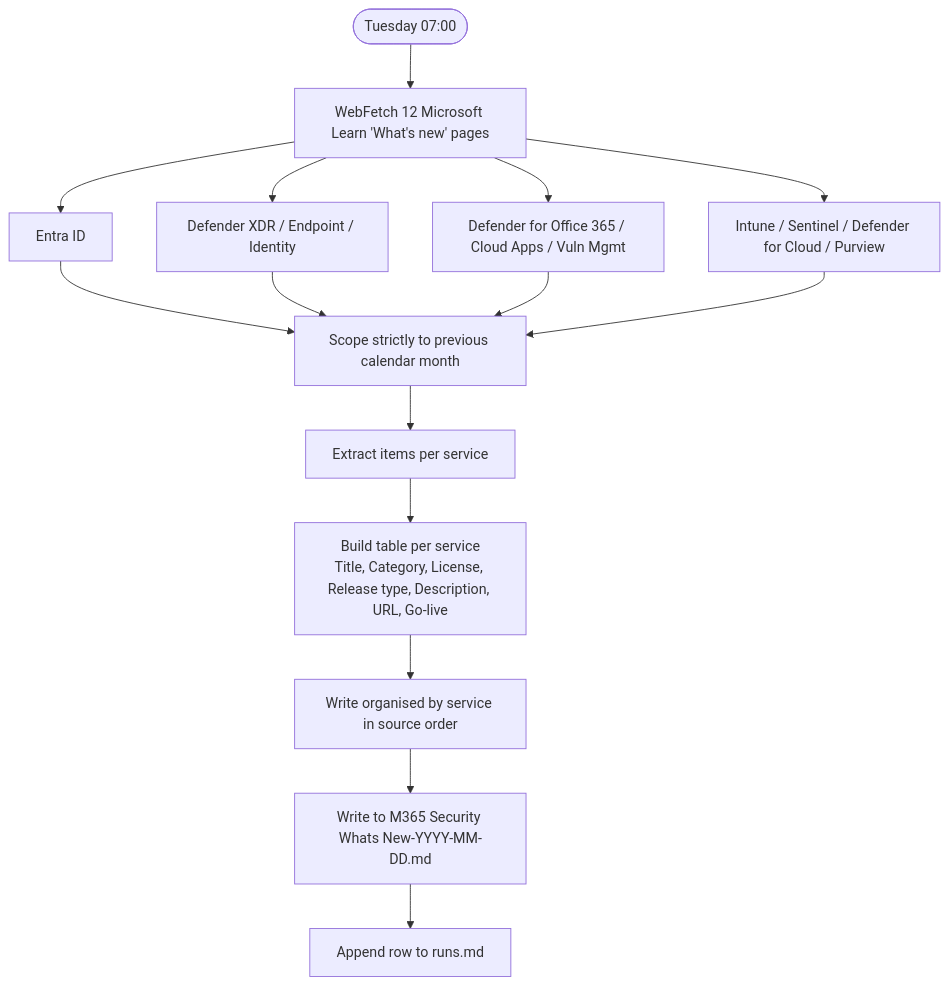
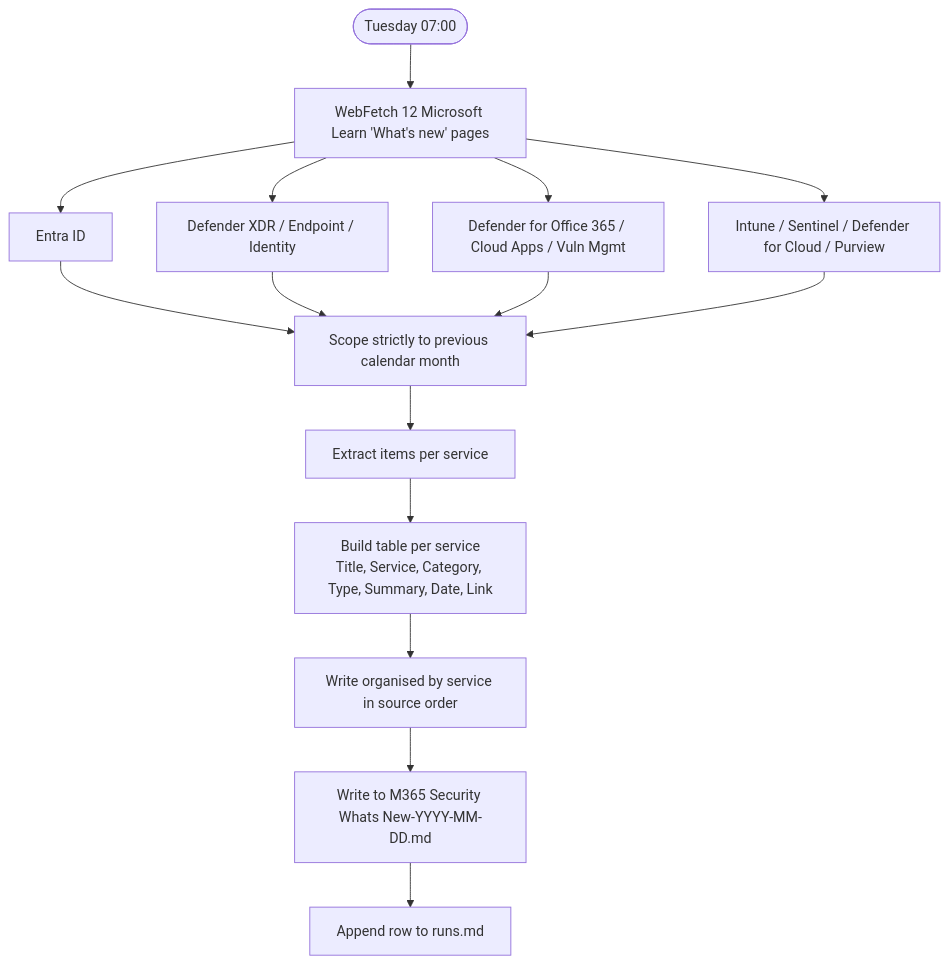
The diagram in M365 Security Whats New/README.md (SimonNinjaCode/Cron), drawn with Mermaid before and after one commit. The commit also changed other lines of this file, not shown here.

First line of the commit message:
Update M365 Security Whats New: table columns and auto-push to main

````diff
--- a/M365 Security Whats New/README.md
+++ b/M365 Security Whats New/README.md
@@ -18,14 +18,14 @@
 ```mermaid
 graph TD
     A([Tuesday 07:00]) --> B[WebFetch 12 Microsoft Learn 'What's new' pages]
     B --> B1[Entra ID]
     B --> B2[Defender XDR / Endpoint / Identity]
     B --> B3[Defender for Office 365 / Cloud Apps / Vuln Mgmt]
     B --> B4[Intune / Sentinel / Defender for Cloud / Purview]
     B1 & B2 & B3 & B4 --> C[Scope strictly to previous calendar month]
     C --> D[Extract items per service]
-    D --> E[Build table per service\nTitle, Category, License, Release type, Description, URL, Go-live]
+    D --> E[Build table per service\nTitle, Service, Category, Type, Summary, Date, Link]
     E --> F[Write organised by service in source order]
     F --> G[Write to M365 Security Whats New-YYYY-MM-DD.md]
     G --> H[Append row to runs.md]
 ```
````
